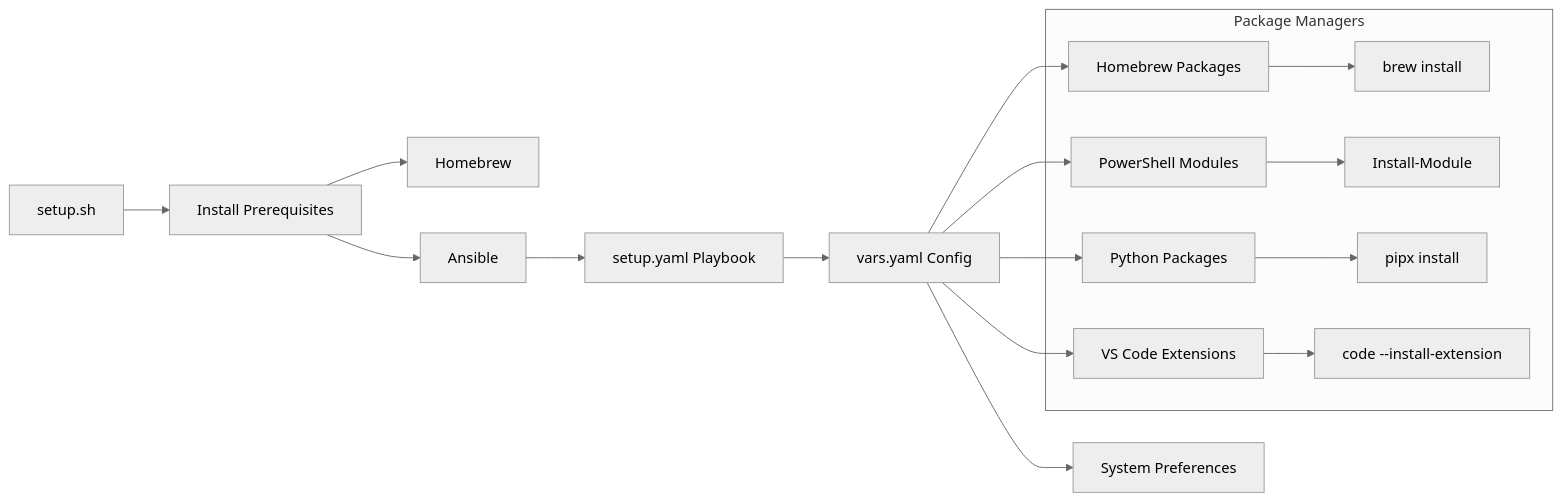
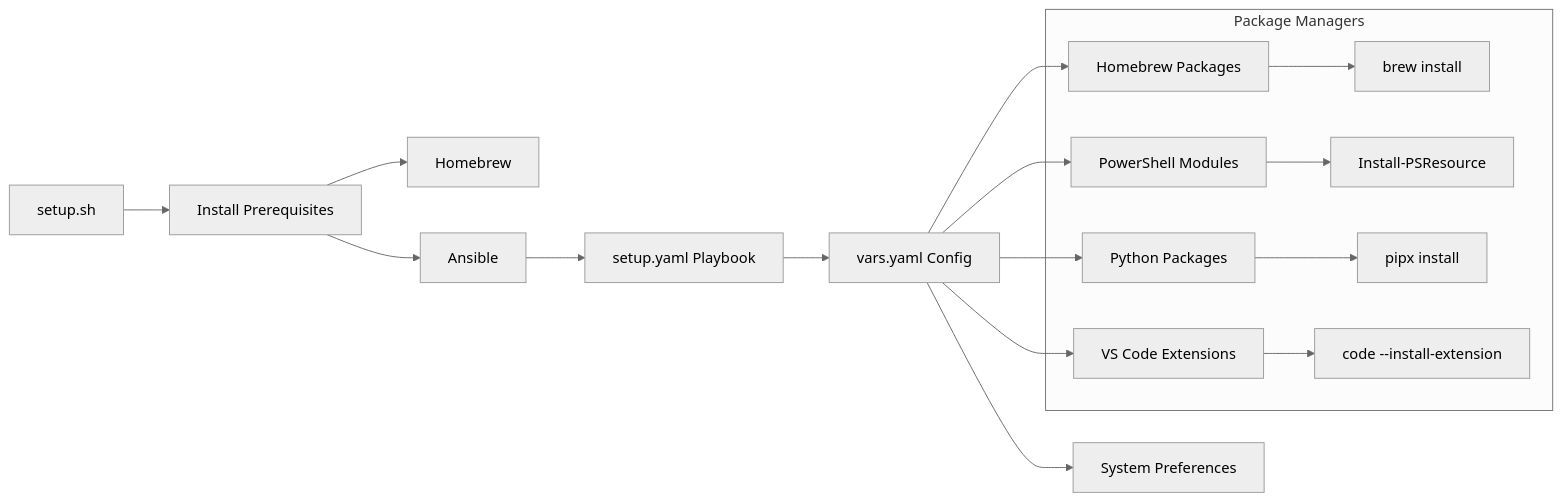
One commit to ryanspletzer/dev-machine-setup changed the second of 9 diagrams in docs/architecture.md. Above: the diagram before and after it, drawn with Mermaid (neutral theme). The commit also changed other lines of this file and 6 other files, not shown here.

````diff
--- a/docs/architecture.md
+++ b/docs/architecture.md
@@ -65,21 +66,21 @@
 ```mermaid
 graph LR
     A[setup.sh] --> B[Install Prerequisites]
     B --> C[Homebrew]
     B --> D[Ansible]
     D --> E[setup.yaml Playbook]
     E --> F[vars.yaml Config]
 
     F --> G[Homebrew Packages]
     F --> H[PowerShell Modules]
     F --> I[Python Packages]
     F --> J[VS Code Extensions]
     F --> K[System Preferences]
 
     subgraph "Package Managers"
         G --> L[brew install]
-        H --> M[Install-Module]
+        H --> M[Install-PSResource]
         I --> N[pipx install]
         J --> O[code --install-extension]
     end
 ```
````
